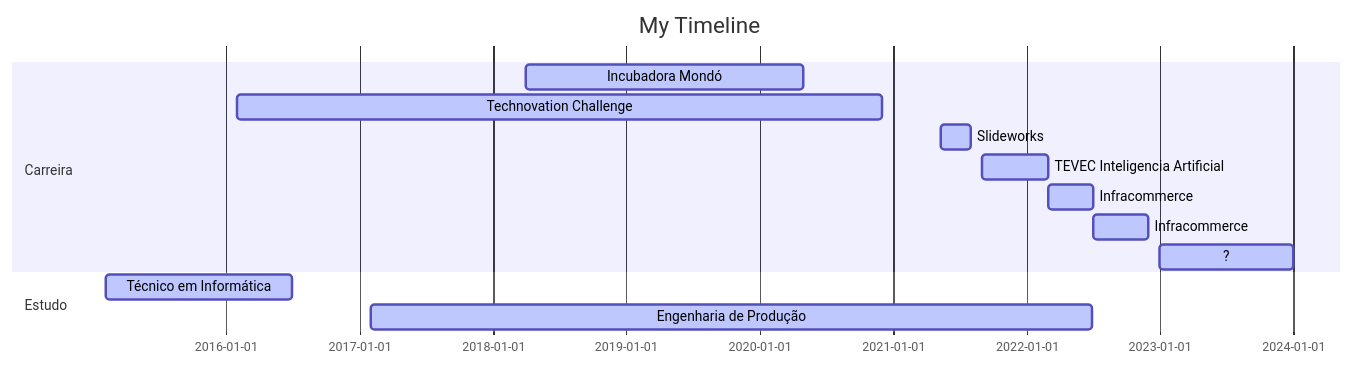
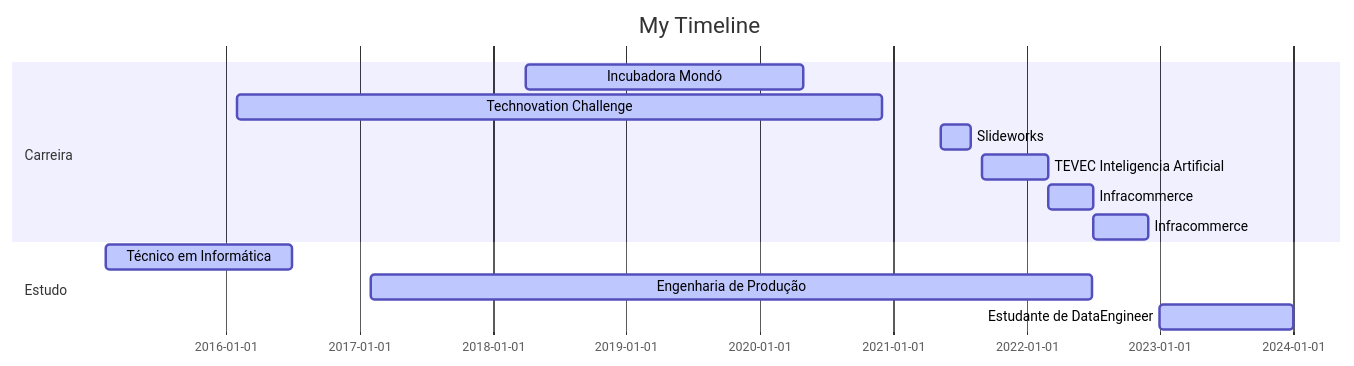
Before and after one commit to MariiMartins/mariimartins: the diagram in README.md, drawn with Mermaid.

Commit message:
Atualização README

````diff
--- a/README.md
+++ b/README.md
@@ -62,20 +62,20 @@
 ``` mermaid
 
 gantt
 dateFormat  YYYY-MM-DD
 title My Timeline
 
 section Carreira
 Incubadora Mondó        :active,, 2018-04-02,2020-04-30
 Technovation Challenge        :active,, 2016-02-02,2020-11-30
 Slideworks        :active,, 2021-05-10,2021-07-31
 TEVEC Inteligencia Artificial       :active,, 2021-09-01,2022-02-28
 Infracommerce           :active,, 2022-03-01,2022-07-01
 Infracommerce          :active,, 2022-07-01,2022-12-01
-? :active,, 2023-01-01,2024-01-01
 
 
 section Estudo
 Técnico em Informática    :active,, 2015-02-07,2016-06-30
 Engenharia de Produção  :active,, 2017-02-01,2022-06-30
+Estudante de DataEngineer :active,, 2023-01-01,2024-01-01
 ```
````
